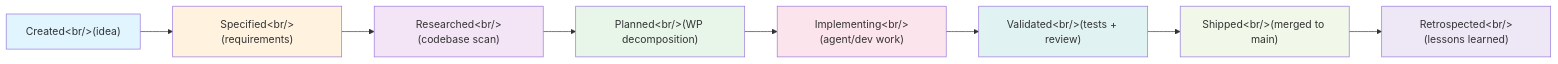
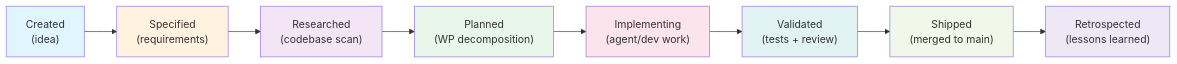
One commit to KooshaPari/HexaKit changed the diagram in docs/concepts/spec-driven-dev.md. Above: the diagram before and after it, drawn with Mermaid. The commit also changed 203 other files, not shown here.

````diff
--- a/docs/concepts/spec-driven-dev.md
+++ b/docs/concepts/spec-driven-dev.md
@@ -38,19 +38,19 @@
 ```mermaid
 graph LR
-    A["Created&lt;br/&gt;(idea)"] --> B["Specified&lt;br/&gt;(requirements)"]
-    B --> C["Researched&lt;br/&gt;(codebase scan)"]
-    C --> D["Planned&lt;br/&gt;(WP decomposition)"]
-    D --> E["Implementing&lt;br/&gt;(agent/dev work)"]
-    E --> F["Validated&lt;br/&gt;(tests + review)"]
-    F --> G["Shipped&lt;br/&gt;(merged to main)"]
-    G --> H["Retrospected&lt;br/&gt;(lessons learned)"]
+    A["Created<br/>(idea)"] --> B["Specified<br/>(requirements)"]
+    B --> C["Researched<br/>(codebase scan)"]
+    C --> D["Planned<br/>(WP decomposition)"]
+    D --> E["Implementing<br/>(agent/dev work)"]
+    E --> F["Validated<br/>(tests + review)"]
+    F --> G["Shipped<br/>(merged to main)"]
+    G --> H["Retrospected<br/>(lessons learned)"]
 
     style A fill:#e1f5ff
     style B fill:#fff3e0
     style C fill:#f3e5f5
     style D fill:#e8f5e9
     style E fill:#fce4ec
     style F fill:#e0f2f1
     style G fill:#f1f8e9
     style H fill:#ede7f6
 ```
````
